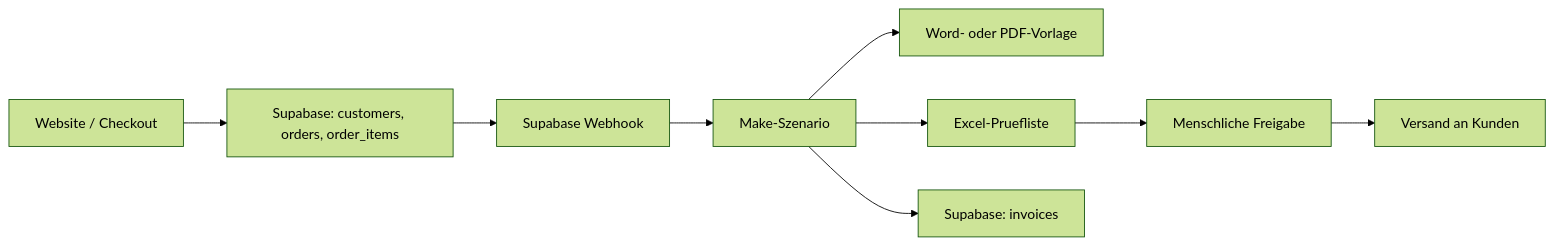
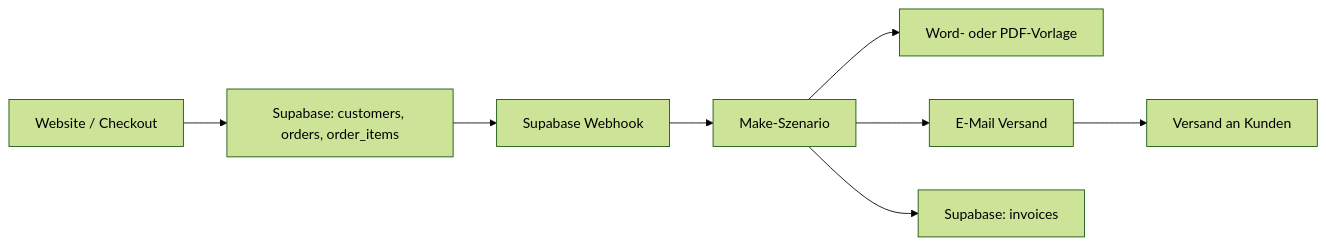
Before and after one commit to HamidK193/IDP-KI-im-Unternehmen-: the diagram in docs/architecture.md, drawn with Mermaid (forest theme). The commit also changed other lines of this file and 15 other files, not shown here.

Commit message:
Update shop flow and documentation

````diff
--- a/docs/architecture.md
+++ b/docs/architecture.md
@@ -5,11 +5,10 @@
 ```mermaid
 flowchart LR
     A["Website / Checkout"] --> B["Supabase: customers, orders, order_items"]
     B --> C["Supabase Webhook"]
     C --> D["Make-Szenario"]
     D --> E["Word- oder PDF-Vorlage"]
-    D --> F["Excel-Pruefliste"]
+    D --> F["E-Mail Versand"]
     D --> G["Supabase: invoices"]
-    F --> H["Menschliche Freigabe"]
-    H --> I["Versand an Kunden"]
+    F --> H["Versand an Kunden"]
 ```
````
